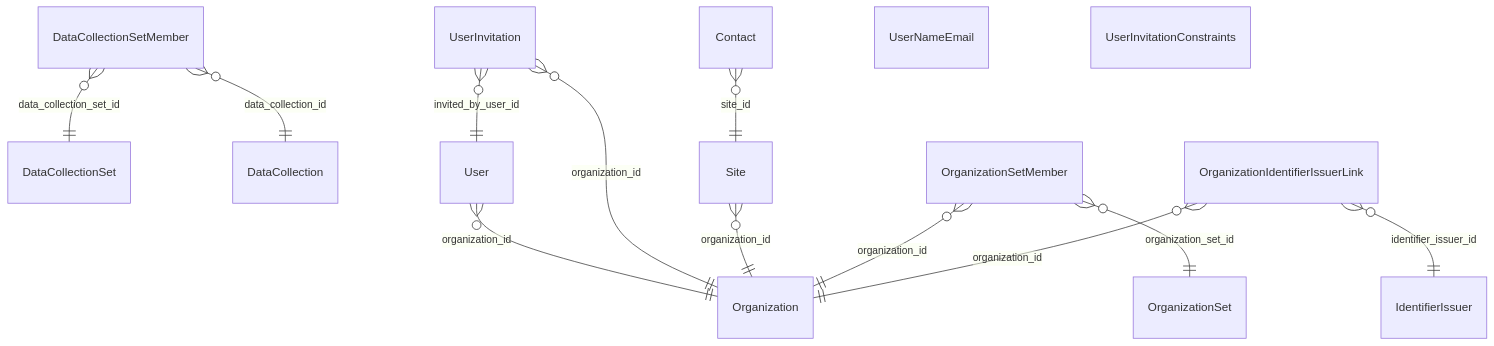
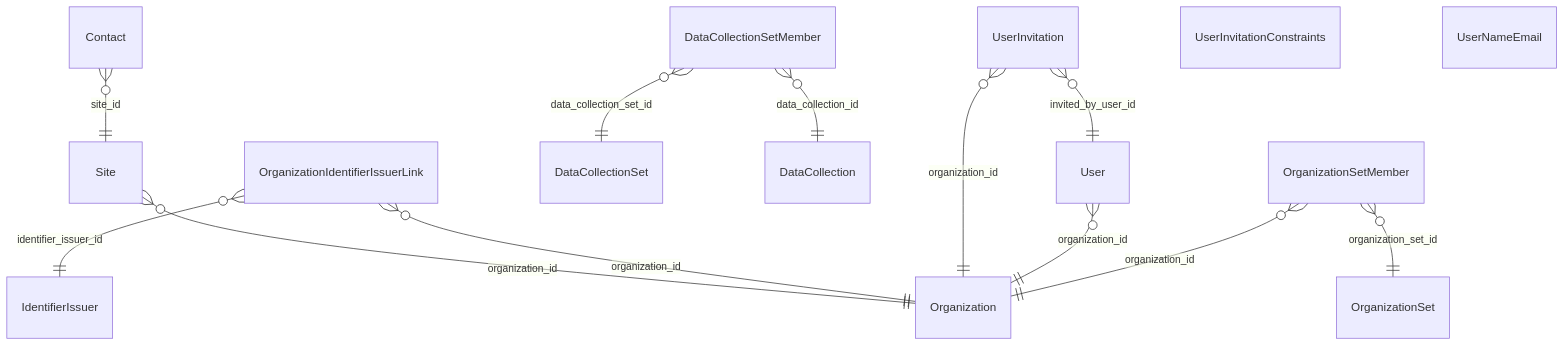
One commit to RIVM-bioinformatics/gen-epix-api changed the diagram in docs/erm/casedb.organization.md. Above: the diagram before and after it, drawn with Mermaid. The commit also changed other lines of this file and 158 other files, not shown here.

````diff
--- a/docs/erm/casedb.organization.md
+++ b/docs/erm/casedb.organization.md
@@ -5,24 +5,24 @@
 ```mermaid
 erDiagram
     %% casedb / ORGANIZATION (simplified)
 
     %% Relationships
+    Site }o--|| Organization : "organization_id"
+    Contact }o--|| Site : "site_id"
+    OrganizationIdentifierIssuerLink }o--|| Organization : "organization_id"
+    OrganizationIdentifierIssuerLink }o--|| IdentifierIssuer : "identifier_issuer_id"
     DataCollectionSetMember }o--|| DataCollectionSet : "data_collection_set_id"
     DataCollectionSetMember }o--|| DataCollection : "data_collection_id"
-    Contact }o--|| Site : "site_id"
-    User }o--|| Organization : "organization_id"
     UserInvitation }o--|| Organization : "organization_id"
     UserInvitation }o--|| User : "invited_by_user_id"
-    Site }o--|| Organization : "organization_id"
+    User }o--|| Organization : "organization_id"
     OrganizationSetMember }o--|| OrganizationSet : "organization_set_id"
     OrganizationSetMember }o--|| Organization : "organization_id"
-    OrganizationIdentifierIssuerLink }o--|| Organization : "organization_id"
-    OrganizationIdentifierIssuerLink }o--|| IdentifierIssuer : "identifier_issuer_id"
+
+    UserInvitationConstraints {
+    }
 
     UserNameEmail {
     }
 
-    UserInvitationConstraints {
-    }
-
 ```
````
